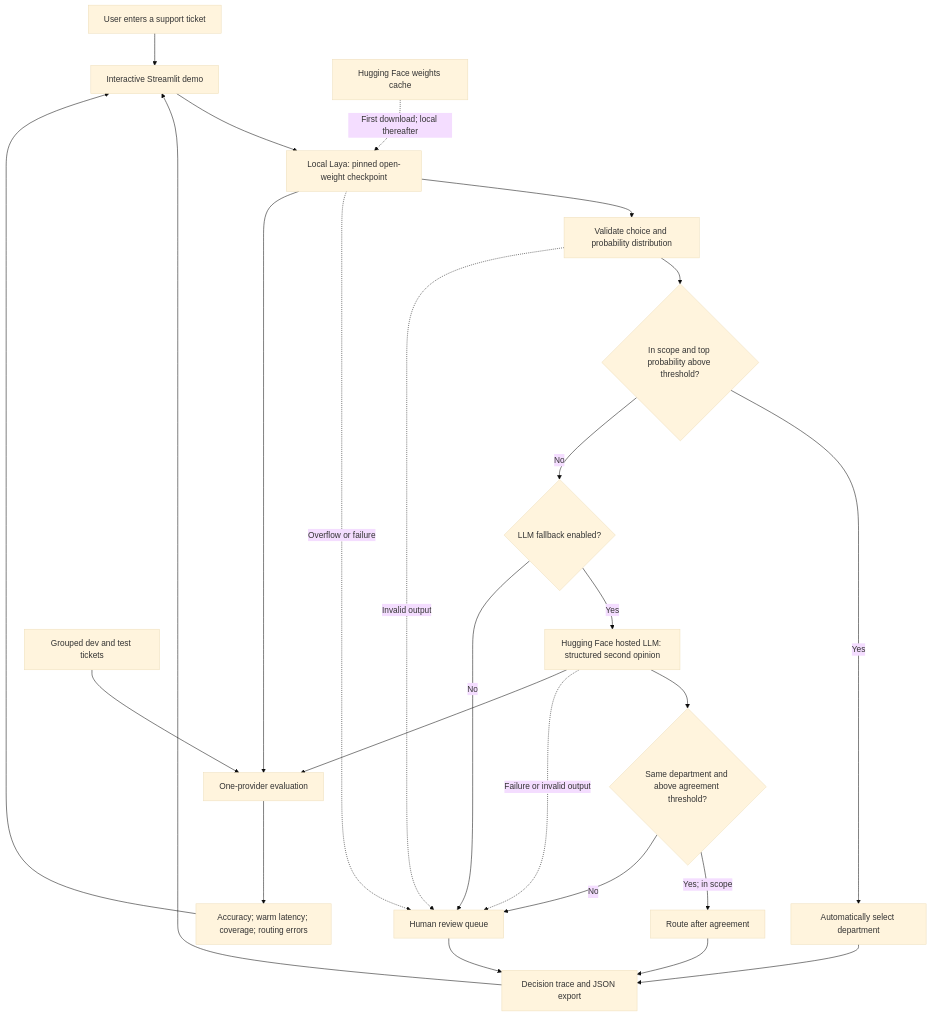
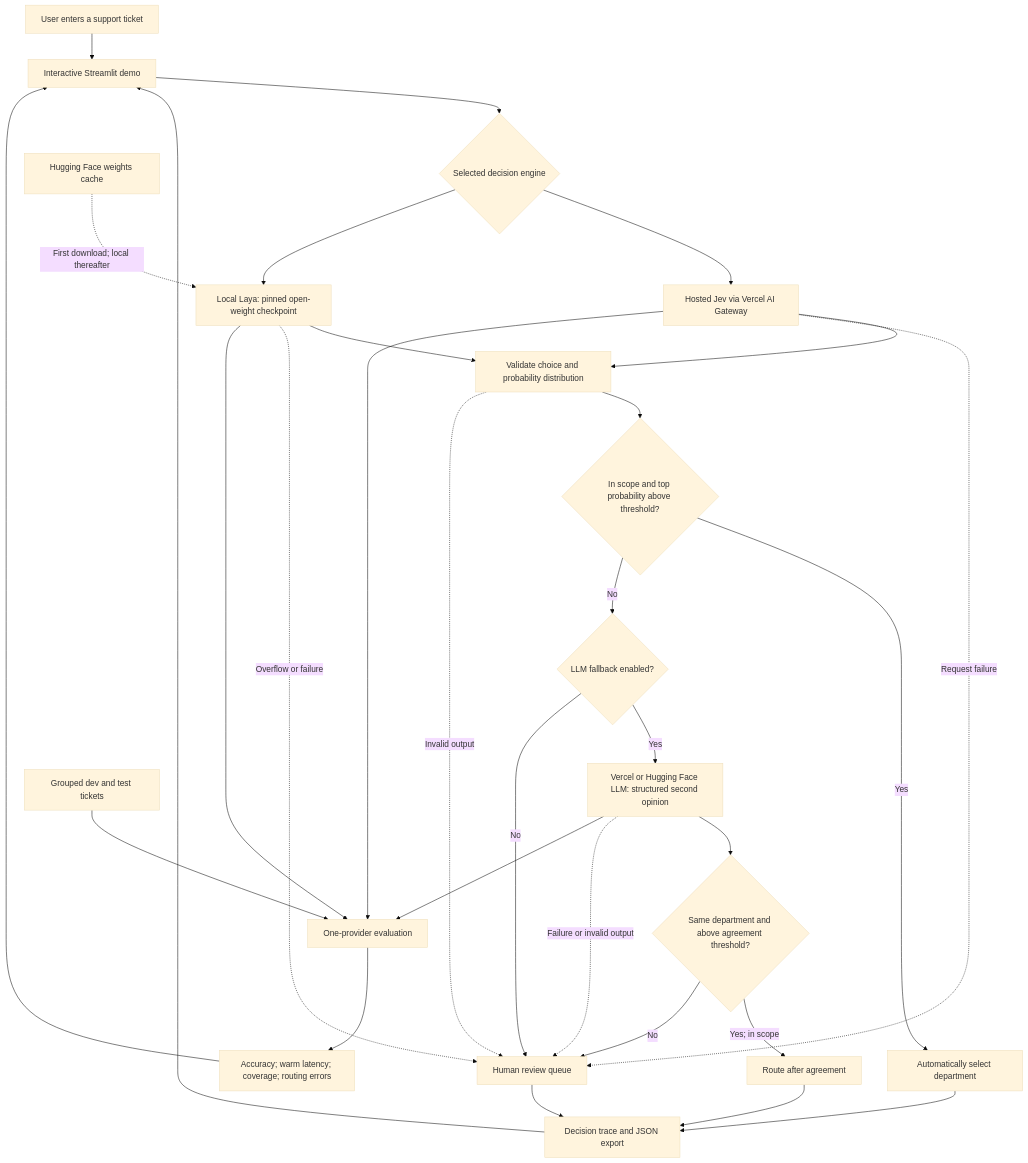
One commit to nikhilbhide/decision-router changed the second of 2 diagrams in README.md. Above: the diagram before and after it, drawn with Mermaid (base theme). The commit also changed other lines of this file and 9 other files, not shown here.

Commit message:
feat: add hosted Jev and Vercel LLM connections

````diff
--- a/README.md
+++ b/README.md
@@ -55,27 +56,32 @@
 ```mermaid
 flowchart TD
     User["User enters a support ticket"] --> UI["Interactive Streamlit demo"]
-    UI --> Laya["Local Laya: pinned open-weight checkpoint"]
+    UI --> Engine{"Selected decision engine"}
+    Engine --> Jev["Hosted Jev via Vercel AI Gateway"]
+    Engine --> Laya["Local Laya: pinned open-weight checkpoint"]
     Cache["Hugging Face weights cache"] -.->|"First download; local thereafter"| Laya
     Laya --> Validate["Validate choice and probability distribution"]
+    Jev --> Validate
     Validate --> Gate{"In scope and top probability above threshold?"}
     Gate -->|"Yes"| Auto["Automatically select department"]
     Gate -->|"No"| Fallback{"LLM fallback enabled?"}
-    Fallback -->|"Yes"| LLM["Hugging Face hosted LLM: structured second opinion"]
+    Fallback -->|"Yes"| LLM["Vercel or Hugging Face LLM: structured second opinion"]
     Fallback -->|"No"| Human["Human review queue"]
     LLM --> Agree{"Same department and above agreement threshold?"}
     Agree -->|"Yes; in scope"| Assisted["Route after agreement"]
     Agree -->|"No"| Human
     Laya -.->|"Overflow or failure"| Human
+    Jev -.->|"Request failure"| Human
     Validate -.->|"Invalid output"| Human
     LLM -.->|"Failure or invalid output"| Human
     Auto --> Trace["Decision trace and JSON export"]
     Assisted --> Trace
     Human --> Trace
     Trace --> UI
     Dataset["Grouped dev and test tickets"] --> Eval["One-provider evaluation"]
     Laya --> Eval
+    Jev --> Eval
     LLM --> Eval
     Eval --> Metrics["Accuracy; warm latency; coverage; routing errors"]
     Metrics --> UI
 ```
````
